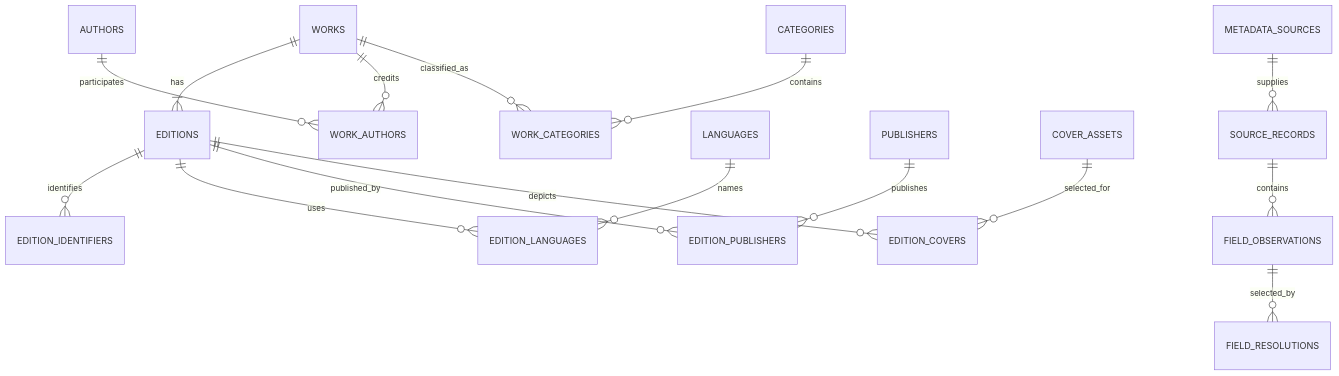
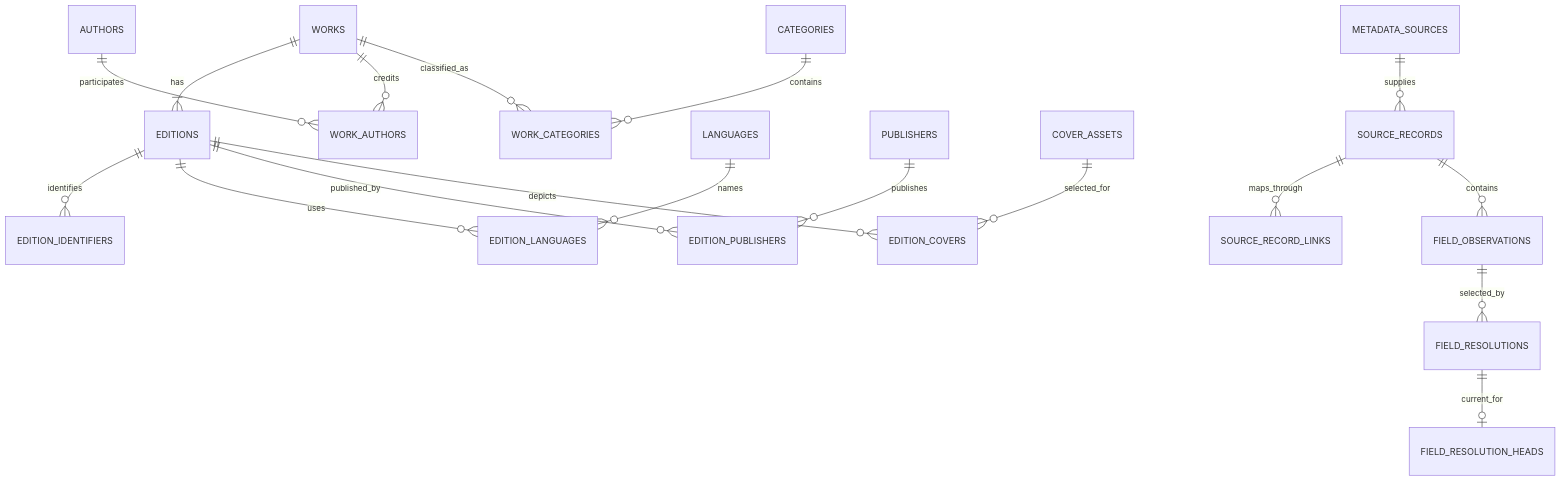
The diagram in docs/decisions/0016-catalog-metadata-provenance.md (amalv/bukie), drawn with Mermaid before and after one commit. The commit also changed other lines of this file, not shown here.

````diff
--- a/docs/decisions/0016-catalog-metadata-provenance.md
+++ b/docs/decisions/0016-catalog-metadata-provenance.md
@@ -91,18 +106,20 @@
 ```mermaid
 erDiagram
   WORKS ||--|{ EDITIONS : has
   WORKS ||--o{ WORK_AUTHORS : credits
   AUTHORS ||--o{ WORK_AUTHORS : participates
   WORKS ||--o{ WORK_CATEGORIES : classified_as
   CATEGORIES ||--o{ WORK_CATEGORIES : contains
   EDITIONS ||--o{ EDITION_IDENTIFIERS : identifies
   EDITIONS ||--o{ EDITION_LANGUAGES : uses
   LANGUAGES ||--o{ EDITION_LANGUAGES : names
   EDITIONS ||--o{ EDITION_PUBLISHERS : published_by
   PUBLISHERS ||--o{ EDITION_PUBLISHERS : publishes
   EDITIONS ||--o{ EDITION_COVERS : depicts
   COVER_ASSETS ||--o{ EDITION_COVERS : selected_for
   METADATA_SOURCES ||--o{ SOURCE_RECORDS : supplies
+  SOURCE_RECORDS ||--o{ SOURCE_RECORD_LINKS : maps_through
   SOURCE_RECORDS ||--o{ FIELD_OBSERVATIONS : contains
   FIELD_OBSERVATIONS ||--o{ FIELD_RESOLUTIONS : selected_by
+  FIELD_RESOLUTIONS ||--o| FIELD_RESOLUTION_HEADS : current_for
 ```
````
